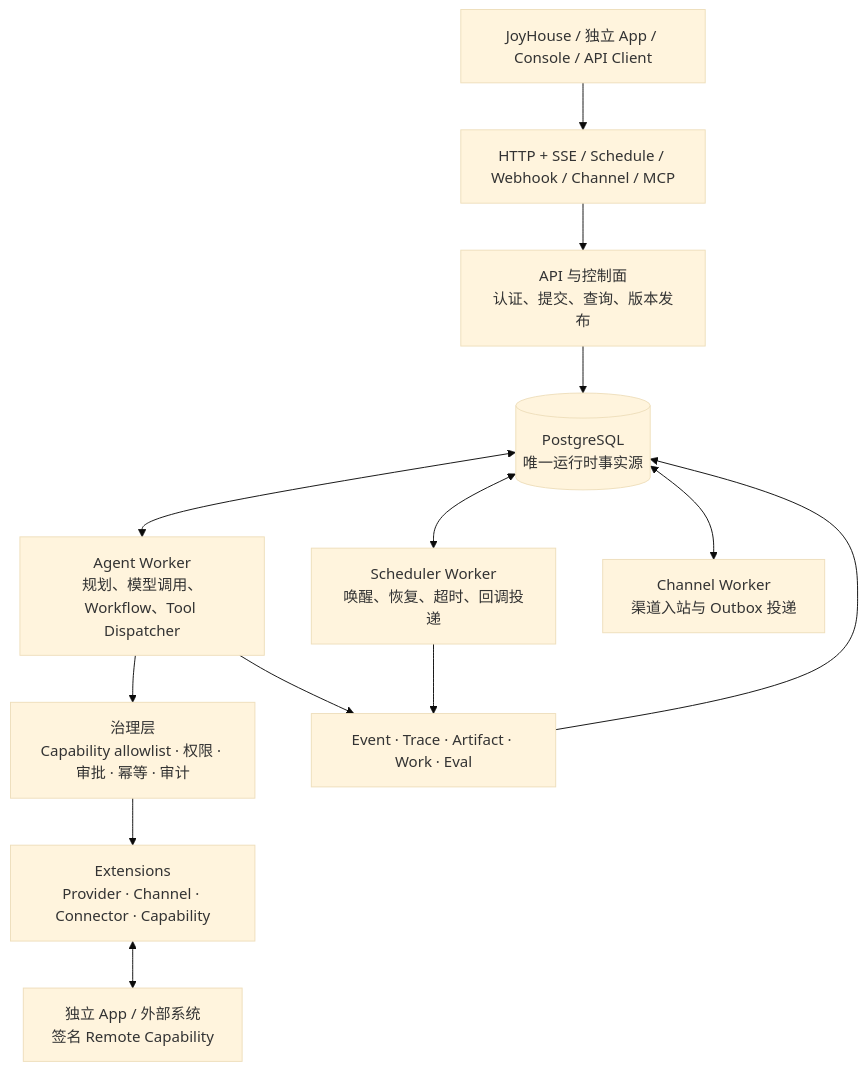
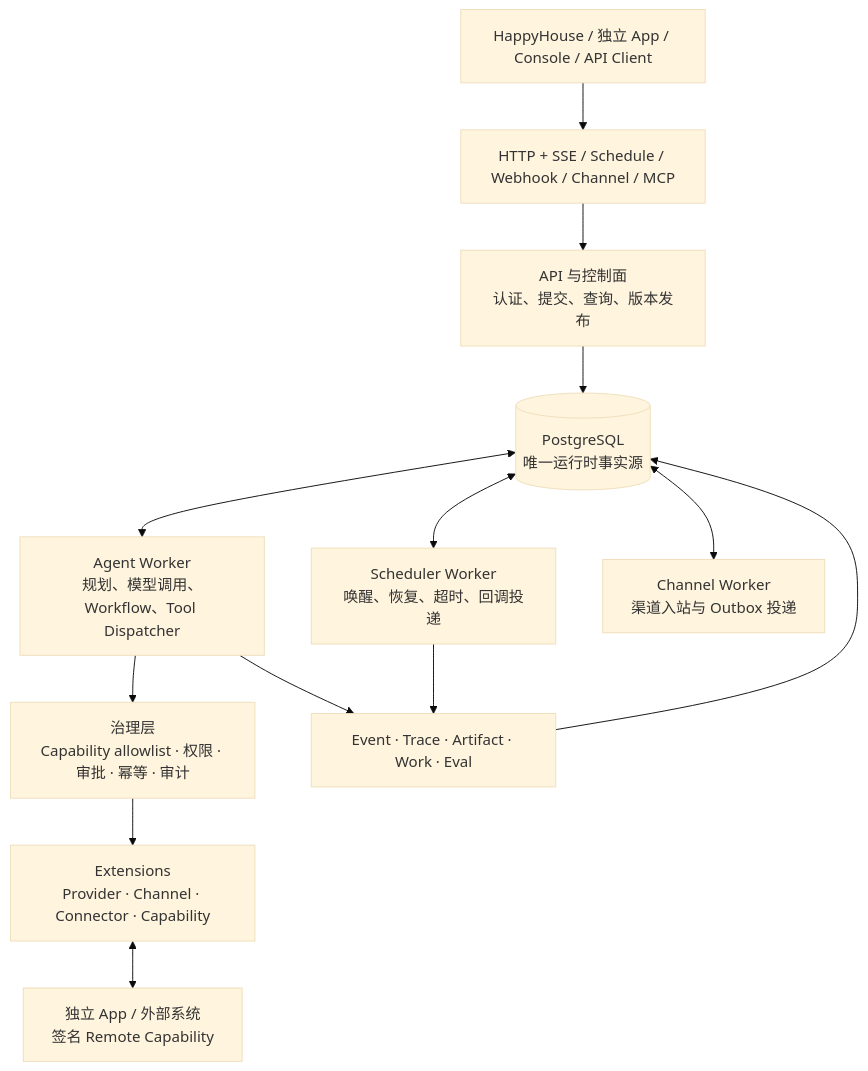
The diagram in README.md (JoyHouseLabs/joyhousebot), drawn with Mermaid (base theme) before and after one commit. The commit also changed other lines of this file and 1374 other files, not shown here.

````diff
--- a/README.md
+++ b/README.md
@@ -43,24 +43,24 @@
 ```mermaid
 flowchart TB
-    CLIENTS[JoyHouse / 独立 App / Console / API Client]
+    CLIENTS[HappyHouse / 独立 App / Console / API Client]
     ENTRY[HTTP + SSE / Schedule / Webhook / Channel / MCP]
     API[API 与控制面\n认证、提交、查询、版本发布]
     PG[(PostgreSQL\n唯一运行时事实源)]
     AGENT[Agent Worker\n规划、模型调用、Workflow、Tool Dispatcher]
     SCHEDULER[Scheduler Worker\n唤醒、恢复、超时、回调投递]
     CHANNEL[Channel Worker\n渠道入站与 Outbox 投递]
     GOVERN[治理层\nCapability allowlist · 权限 · 审批 · 幂等 · 审计]
     EXT[Extensions\nProvider · Channel · Connector · Capability]
     APP[独立 App / 外部系统\n签名 Remote Capability]
     OUTPUT[Event · Trace · Artifact · Work · Eval]
 
     CLIENTS --> ENTRY --> API --> PG
     PG <--> AGENT
     PG <--> SCHEDULER
     PG <--> CHANNEL
     AGENT --> GOVERN --> EXT
     EXT <--> APP
     AGENT --> OUTPUT
     SCHEDULER --> OUTPUT
     OUTPUT --> PG
 ```
````
